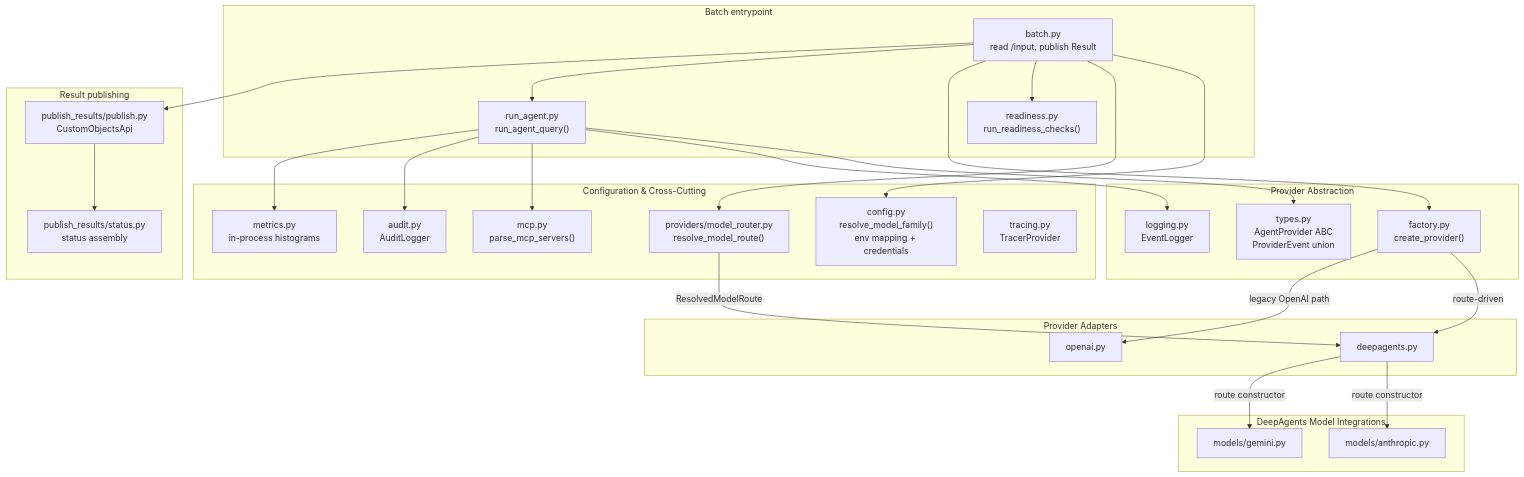
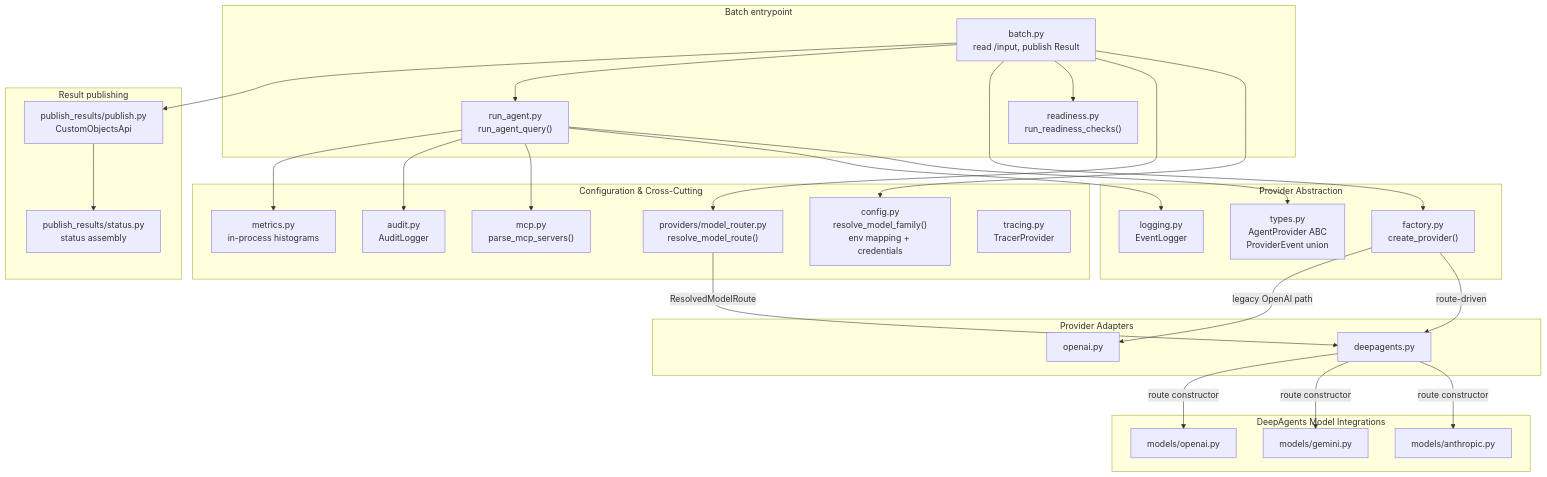
The second of 4 diagrams in ARCHITECTURE.md (asamal4/lightspeed-agentic-sandbox), drawn with Mermaid before and after one commit. The commit also changed other lines of this file and 29 other files, not shown here.

Commit message:
OLS-4468: Migrate native OpenAI to DeepAgents

````diff
--- a/ARCHITECTURE.md
+++ b/ARCHITECTURE.md
@@ -33,56 +33,58 @@
 ```mermaid
 graph TD
     subgraph "Batch entrypoint"
         Batch["batch.py<br/>read /input, publish Result"]
         RunAgent["run_agent.py<br/>run_agent_query()"]
         Readiness["readiness.py<br/>run_readiness_checks()"]
     end
 
     subgraph "Configuration & Cross-Cutting"
         Config["config.py<br/>resolve_model_family()<br/>env mapping + credentials"]
         ModelRouter["providers/model_router.py<br/>resolve_model_route()"]
         MCP["mcp.py<br/>parse_mcp_servers()"]
         Audit["audit.py<br/>AuditLogger"]
         Metrics["metrics.py<br/>in-process histograms"]
         Tracing["tracing.py<br/>TracerProvider"]
     end
 
     subgraph "Result publishing"
         Publish["publish_results/publish.py<br/>CustomObjectsApi"]
         Status["publish_results/status.py<br/>status assembly"]
     end
 
     subgraph "Provider Abstraction"
         Factory["factory.py<br/>create_provider()"]
         Types["types.py<br/>AgentProvider ABC<br/>ProviderEvent union"]
         Logger["logging.py<br/>EventLogger"]
     end
 
     subgraph "Provider Adapters"
         DeepAgentsP["deepagents.py"]
         OpenAIP["openai.py"]
     end
 
     subgraph "DeepAgents Model Integrations"
         AnthropicModel["models/anthropic.py"]
         GeminiModel["models/gemini.py"]
+        OpenAIModel["models/openai.py"]
     end
 
     Batch --> Config
     Batch --> ModelRouter
     Batch --> Readiness
     Batch --> Factory
     Batch --> RunAgent
     Batch --> Publish
   Publish --> Status
     RunAgent --> Types
     RunAgent --> Logger
     RunAgent --> MCP
     RunAgent --> Audit
     RunAgent --> Metrics
     Factory -->|route-driven| DeepAgentsP
     Factory -->|legacy OpenAI path| OpenAIP
     ModelRouter -->|ResolvedModelRoute| DeepAgentsP
     DeepAgentsP -->|route constructor| AnthropicModel
     DeepAgentsP -->|route constructor| GeminiModel
+    DeepAgentsP -->|route constructor| OpenAIModel
 ```
````
